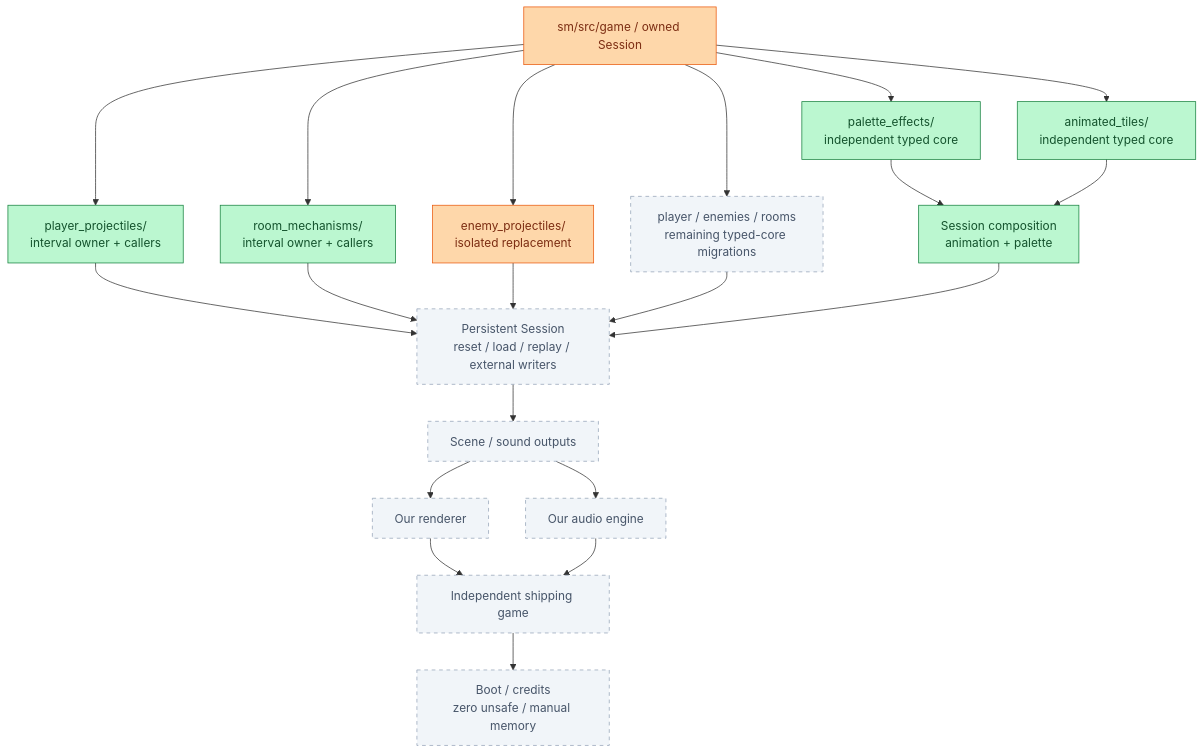
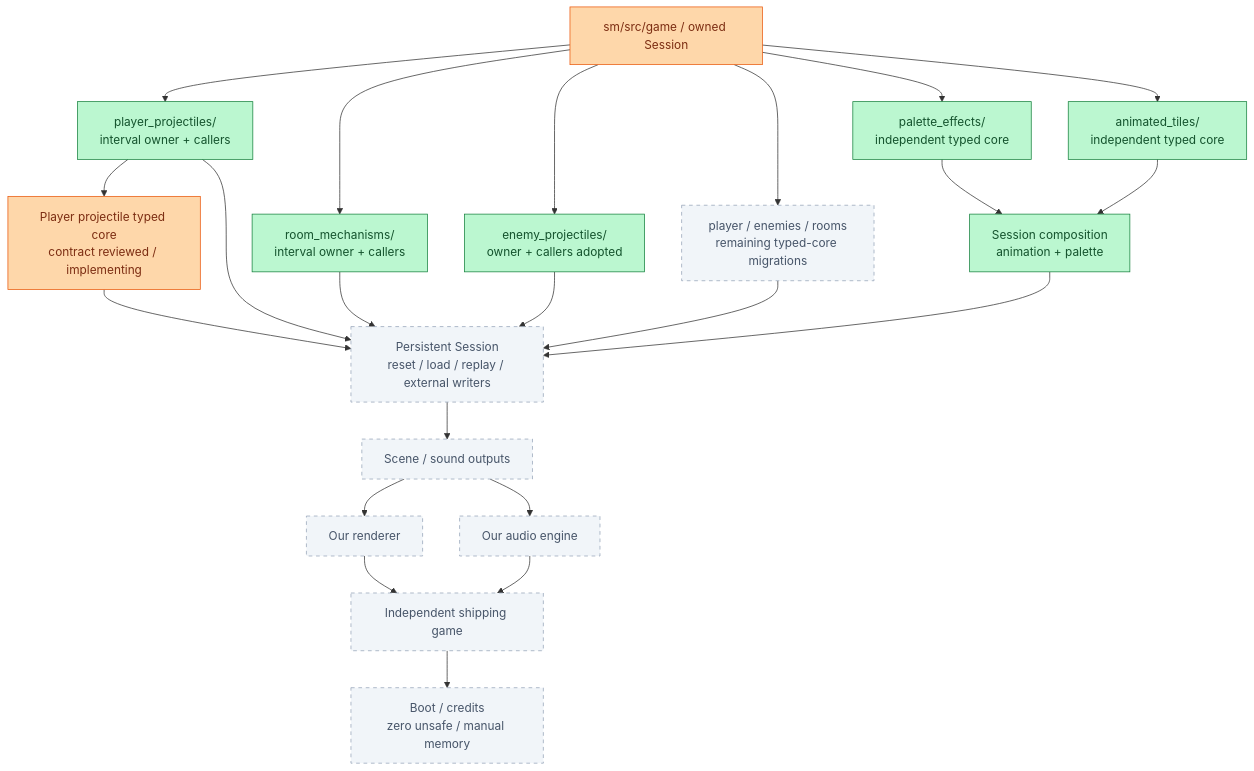
Before and after one commit to JimLundin/sm-decomp: the first of 4 diagrams in PROGRESS.md, drawn with Mermaid. The commit also changed other lines of this file and 85 other files, not shown here.

First line of the commit message:
Adopt enemy-projectile owner and native ROM ownership; 1382 cases and 18216 frames pass

````diff
--- a/PROGRESS.md
+++ b/PROGRESS.md
@@ -7,37 +7,39 @@
 ```mermaid
 flowchart TB
     ROOT["sm/src/game / owned Session"]:::active
     ROOT --> PP
     ROOT --> RM
     ROOT --> PAL
     ROOT --> ANIM
     ROOT --> ENEMY
+    PP --> PCORE["Player projectile typed core<br/>contract reviewed / implementing"]:::active
+    PCORE --> PERSIST
     ROOT --> REST
     PP["player_projectiles/<br/>interval owner + callers"]:::done
     RM["room_mechanisms/<br/>interval owner + callers"]:::done
     PAL["palette_effects/<br/>independent typed core"]:::done
     ANIM["animated_tiles/<br/>independent typed core"]:::done
-    ENEMY["enemy_projectiles/<br/>isolated replacement"]:::active
+    ENEMY["enemy_projectiles/<br/>owner + callers adopted"]:::done
     REST["player / enemies / rooms<br/>remaining typed-core migrations"]:::pending
     PP --> PERSIST
     RM --> PERSIST
     PAL --> COMPOSE
     ANIM --> COMPOSE
     ENEMY --> PERSIST
     REST --> PERSIST
     COMPOSE["Session composition<br/>animation + palette"]:::done
     COMPOSE --> PERSIST
     PERSIST["Persistent Session<br/>reset / load / replay / external writers"]:::pending
     PERSIST --> SCENE["Scene / sound outputs"]:::pending
     SCENE --> GPU["Our renderer"]:::pending
     SCENE --> AUDIO["Our audio engine"]:::pending
     GPU --> SHIP["Independent shipping game"]:::pending
     AUDIO --> SHIP
     SHIP --> END["Boot / credits<br/>zero unsafe / manual memory"]:::pending
     classDef done fill:#bbf7d0,stroke:#15803d,color:#14532d
     classDef checked fill:#bfdbfe,stroke:#2563eb,color:#1e3a8a
     classDef active fill:#fed7aa,stroke:#ea580c,color:#7c2d12
     classDef pending fill:#f1f5f9,stroke:#94a3b8,color:#475569,stroke-dasharray:5 5
     classDef changed stroke:#a21caf,stroke-width:5px
 
 ```
````
